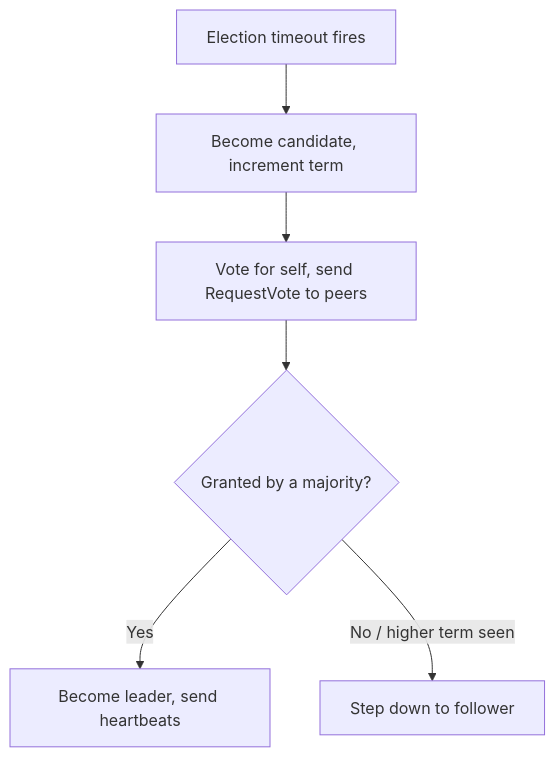
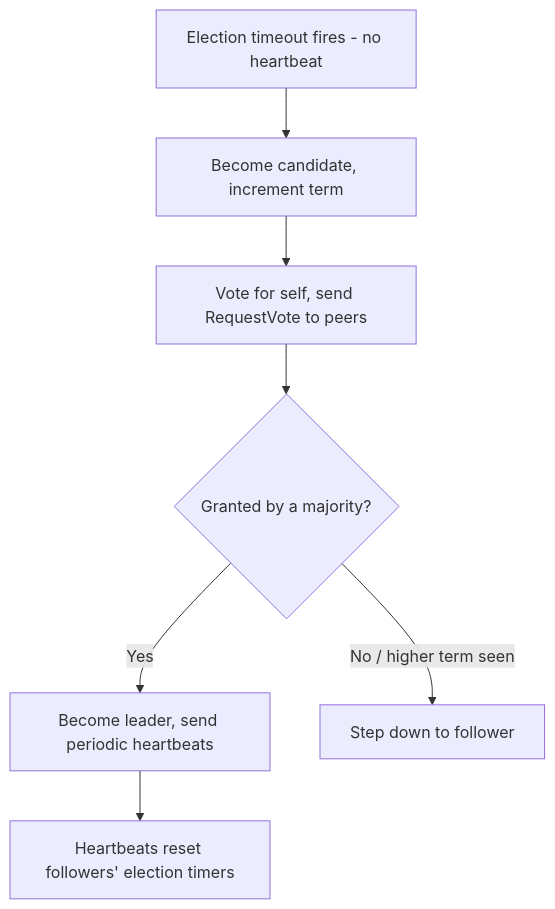
Before and after one commit to siriscent7/veritasdb: the fourth of 5 diagrams in README.md, drawn with Mermaid. The commit also changed other lines of this file and 4 other files, not shown here.

````diff
--- a/README.md
+++ b/README.md
@@ -87,8 +91,9 @@
 ```mermaid
 flowchart TD
-    A[Election timeout fires] --> B[Become candidate, increment term]
+    A[Election timeout fires - no heartbeat] --> B[Become candidate, increment term]
     B --> C[Vote for self, send RequestVote to peers]
     C --> D{Granted by a majority?}
-    D -->|Yes| E[Become leader, send heartbeats]
+    D -->|Yes| E[Become leader, send periodic heartbeats]
     D -->|No / higher term seen| F[Step down to follower]
+    E --> G[Heartbeats reset followers' election timers]
 ```
````
